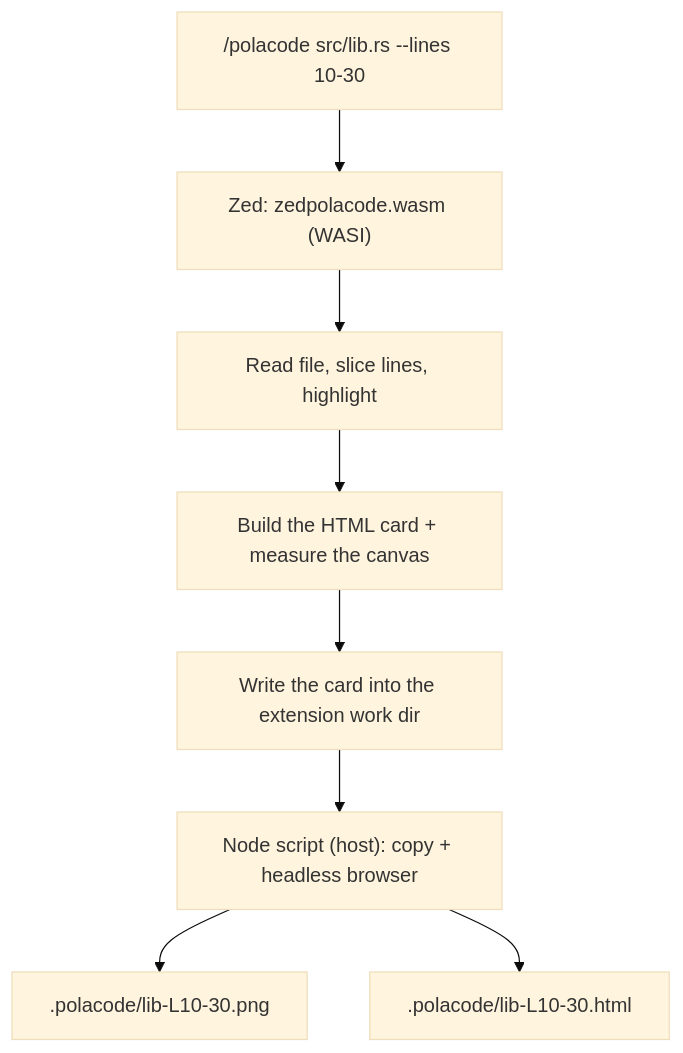
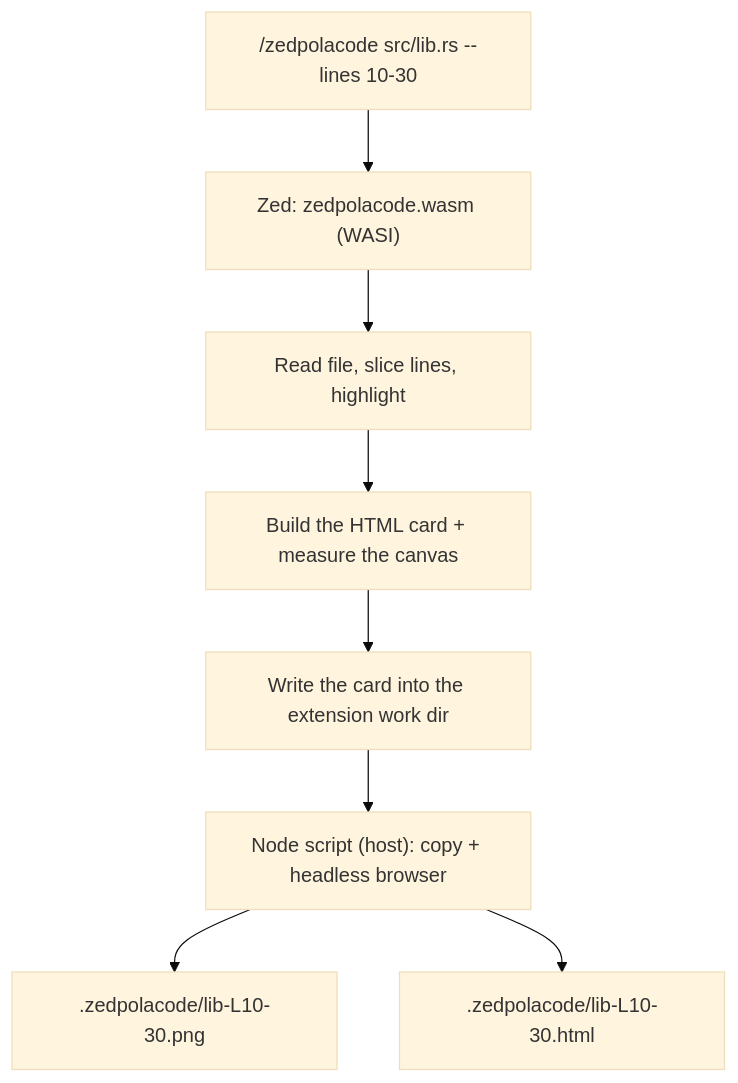
Before and after one commit to talhayksk/zedpolacode: the diagram in README.md, drawn with Mermaid (base theme). The commit also changed other lines of this file and 7 other files, not shown here.

````diff
--- a/README.md
+++ b/README.md
@@ -133,10 +138,10 @@
 ```mermaid
 flowchart TD
-    A["/polacode src/lib.rs --lines 10-30"] --> B["Zed: zedpolacode.wasm (WASI)"]
+    A["/zedpolacode src/lib.rs --lines 10-30"] --> B["Zed: zedpolacode.wasm (WASI)"]
     B --> C["Read file, slice lines, highlight"]
     C --> D["Build the HTML card + measure the canvas"]
     D --> E["Write the card into the extension work dir"]
     E --> F["Node script (host): copy + headless browser"]
-    F --> G[".polacode/lib-L10-30.png"]
-    F --> H[".polacode/lib-L10-30.html"]
+    F --> G[".zedpolacode/lib-L10-30.png"]
+    F --> H[".zedpolacode/lib-L10-30.html"]
 ```
````
